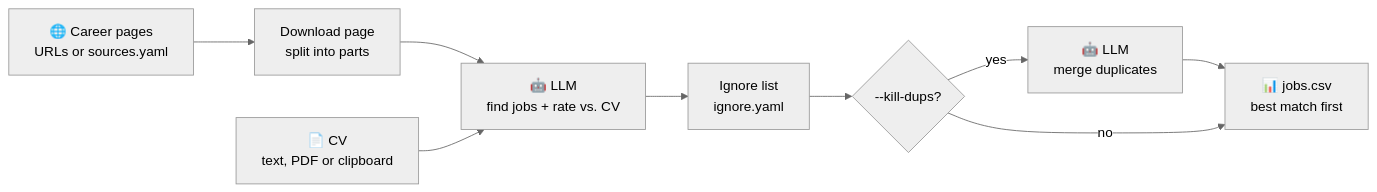
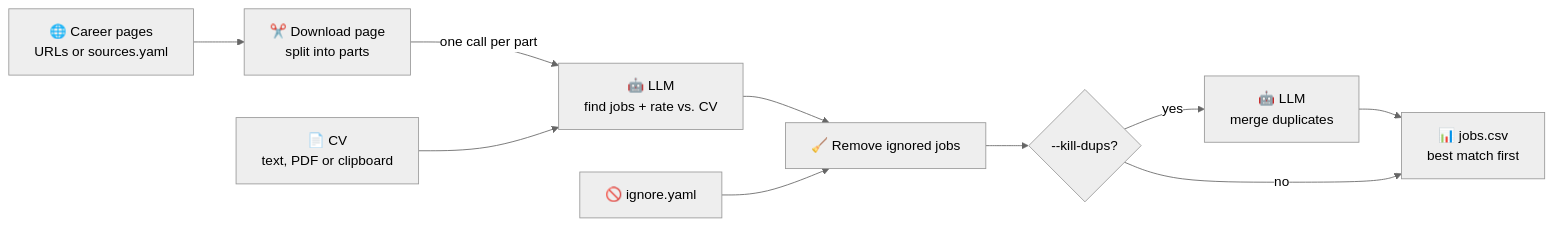
The diagram in README.md (DseaKu/job-radar), drawn with Mermaid (neutral theme) before and after one commit. The commit also changed other lines of this file and 8 other files, not shown here.

````diff
--- a/README.md
+++ b/README.md
@@ -10,14 +10,16 @@
 ```mermaid
 flowchart LR
     CV["📄 CV<br/>text, PDF or clipboard"]
     SRC["🌐 Career pages<br/>URLs or sources.yaml"]
+    IGNF["🚫 ignore.yaml"]
 
-    SRC --> FETCH["Download page<br/>split into parts"]
-    FETCH --> LLM
+    SRC --> FETCH["✂️ Download page<br/>split into parts"]
+    FETCH -- "one call per part" --> LLM
     CV --> LLM["🤖 LLM<br/>find jobs + rate vs. CV"]
 
-    LLM --> IGN["Ignore list<br/>ignore.yaml"]
+    LLM --> IGN["🧹 Remove ignored jobs"]
+    IGNF --> IGN
     IGN --> DUP{"--kill-dups?"}
     DUP -- yes --> DEDUP["🤖 LLM<br/>merge duplicates"] --> CSV
     DUP -- no --> CSV["📊 jobs.csv<br/>best match first"]
 ```
````
